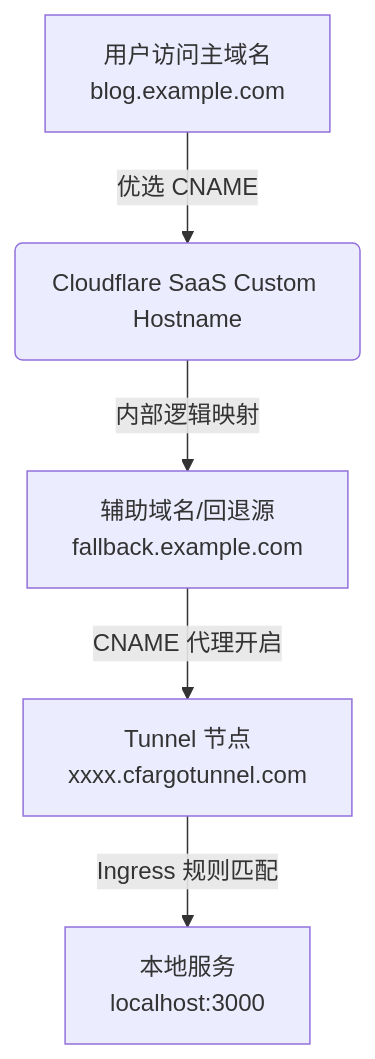
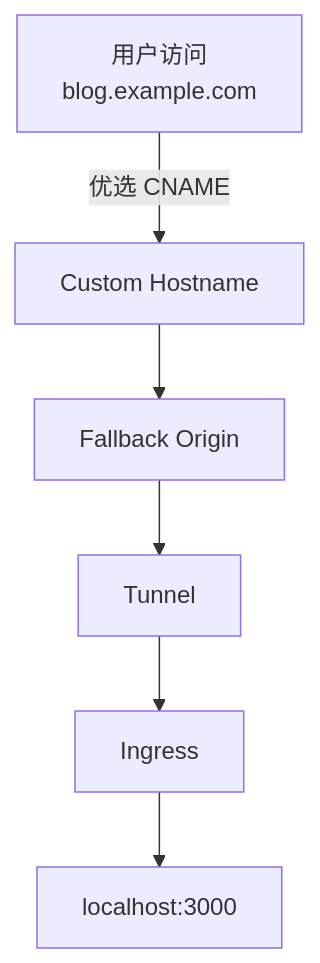
Before and after one commit to qiuyuxc/fuwari: the second of 2 diagrams in src/content/posts/tunnels.md, drawn with Mermaid. The commit also changed other lines of this file and 4 other files, not shown here.

Commit message:
删除部分文章图片链接,与修改文章

````diff
--- a/src/content/posts/tunnels.md
+++ b/src/content/posts/tunnels.md
@@ -55,7 +65,13 @@
 ```mermaid
 graph TD
-    A[用户访问主域名<br/>blog.example.com] -->|优选 CNAME| B(Cloudflare SaaS Custom Hostname)
-    B -->|内部逻辑映射| C[辅助域名/回退源<br/>fallback.example.com]
-    C -->|CNAME 代理开启| D[Tunnel 节点<br/>xxxx.cfargotunnel.com]
-    D -->|Ingress 规则匹配| E[本地服务<br/>localhost:3000]
+    A[用户访问<br/>blog.example.com]
+    -->|优选 CNAME| B[Custom Hostname]
+
+    B --> C[Fallback Origin]
+
+    C --> D[Tunnel]
+
+    D --> E[Ingress]
+
+    E --> F[localhost:3000]
 ```
````
